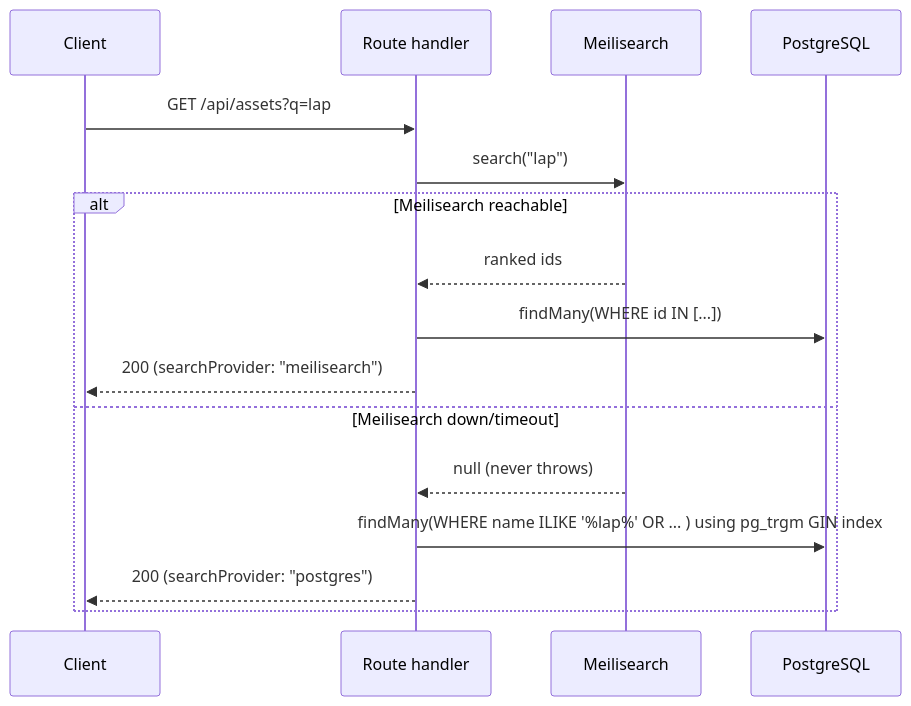
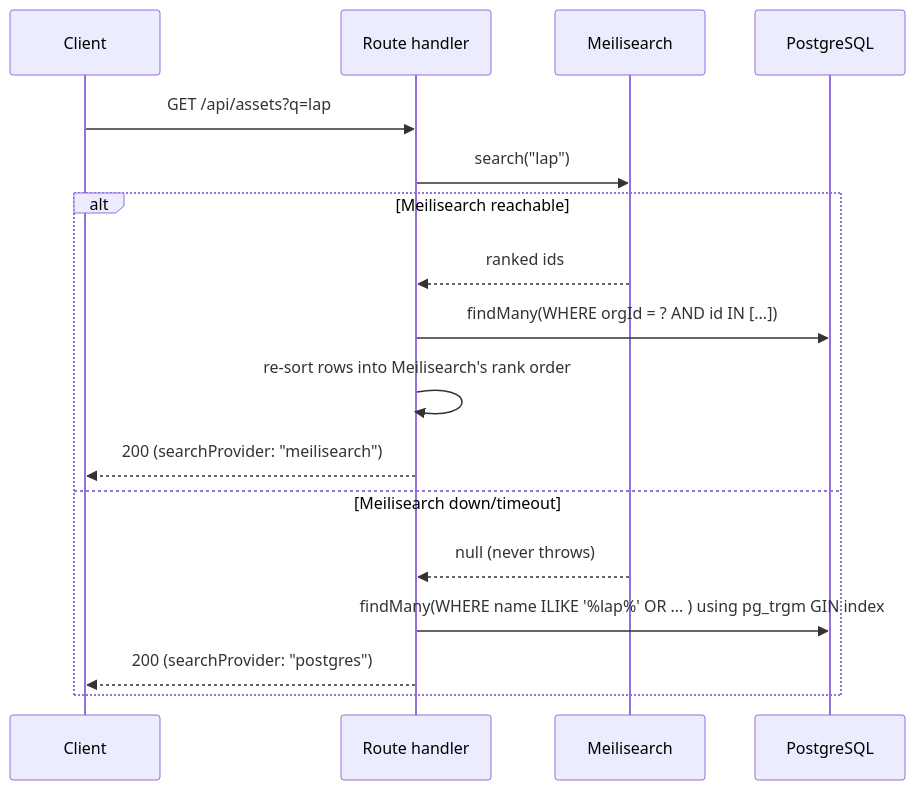
The sixth of 7 diagrams in README.md (Purv-Kabaria/Odoo-2026), drawn with Mermaid before and after one commit. The commit also changed other lines of this file and 9 other files, not shown here.

````diff
--- a/README.md
+++ b/README.md
@@ -322,19 +323,20 @@
 ```mermaid
 sequenceDiagram
     participant C as Client
     participant R as Route handler
     participant M as Meilisearch
     participant DB as PostgreSQL
 
     C->>R: GET /api/assets?q=lap
     R->>M: search("lap")
     alt Meilisearch reachable
         M-->>R: ranked ids
-        R->>DB: findMany(WHERE id IN [...])
+        R->>DB: findMany(WHERE orgId = ? AND id IN [...])
+        R->>R: re-sort rows into Meilisearch's rank order
         R-->>C: 200 (searchProvider: "meilisearch")
     else Meilisearch down/timeout
         M-->>R: null (never throws)
         R->>DB: findMany(WHERE name ILIKE '%lap%' OR ... ) using pg_trgm GIN index
         R-->>C: 200 (searchProvider: "postgres")
     end
 ```
````
